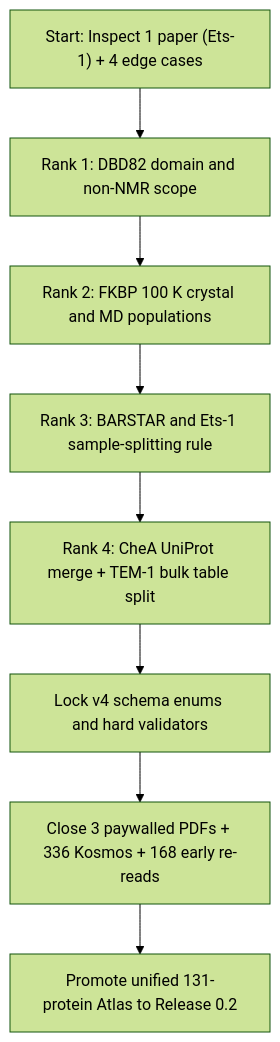
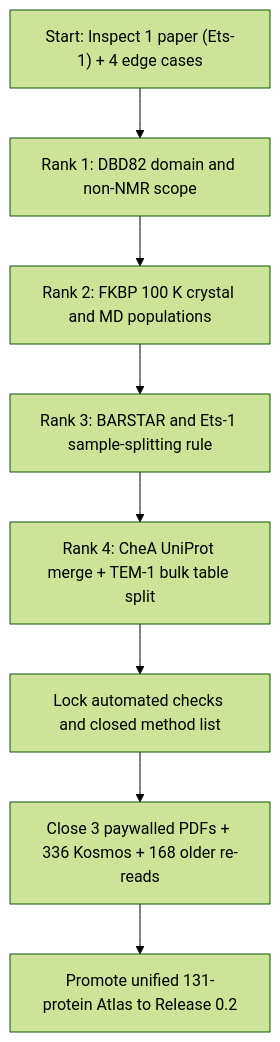
The diagram in REVIEW_GUIDE.md (alex051107/dynamics-atlas-relaxdb), drawn with Mermaid (forest theme) before and after one commit. The commit also changed other lines of this file and 16 other files, not shown here.

````diff
--- a/REVIEW_GUIDE.md
+++ b/REVIEW_GUIDE.md
@@ -9,10 +9,10 @@
 ```mermaid
 flowchart TD
     Start["Start: Inspect 1 paper (Ets-1) + 4 edge cases"] --> Q1["Rank 1: DBD82 domain and non-NMR scope"]
     Q1 --> Q2["Rank 2: FKBP 100 K crystal and MD populations"]
     Q2 --> Q3["Rank 3: BARSTAR and Ets-1 sample-splitting rule"]
     Q3 --> Q4["Rank 4: CheA UniProt merge + TEM-1 bulk table split"]
-    Q4 --> Lock["Lock v4 schema enums and hard validators"]
-    Lock --> Finish["Close 3 paywalled PDFs + 336 Kosmos + 168 early re-reads"]
+    Q4 --> Lock["Lock automated checks and closed method list"]
+    Lock --> Finish["Close 3 paywalled PDFs + 336 Kosmos + 168 older re-reads"]
     Finish --> R02["Promote unified 131-protein Atlas to Release 0.2"]
 ```
````
